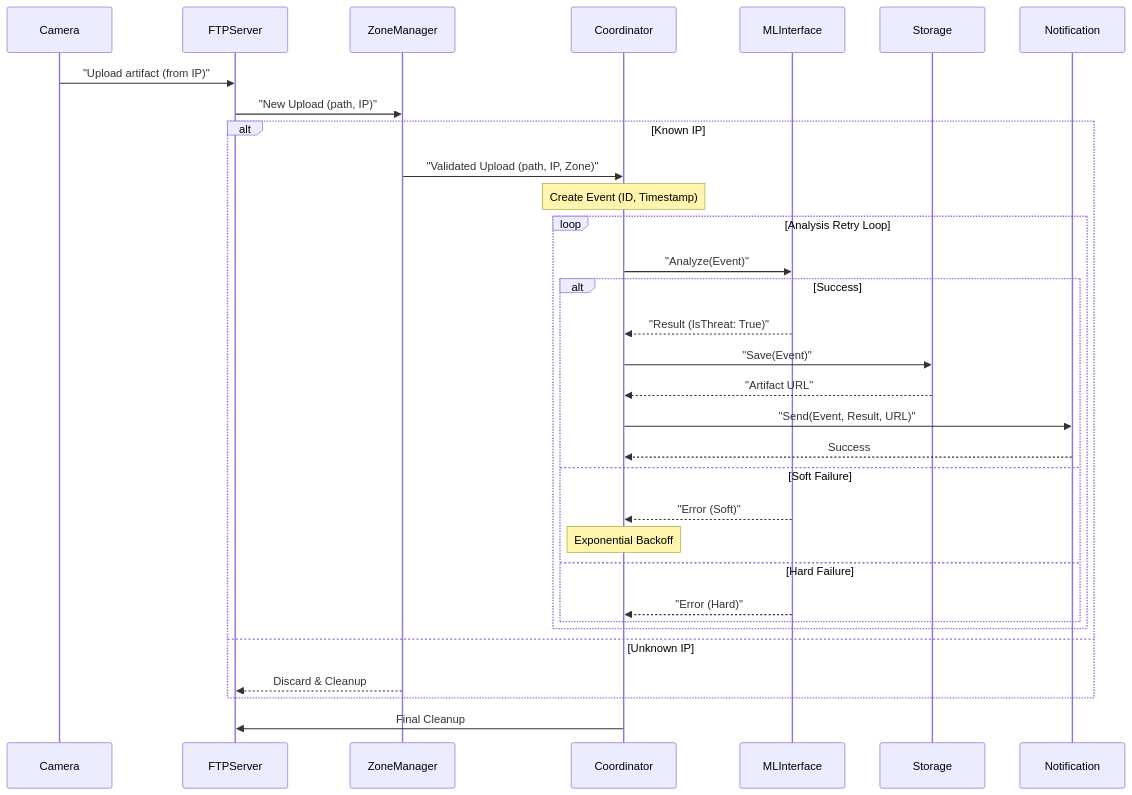
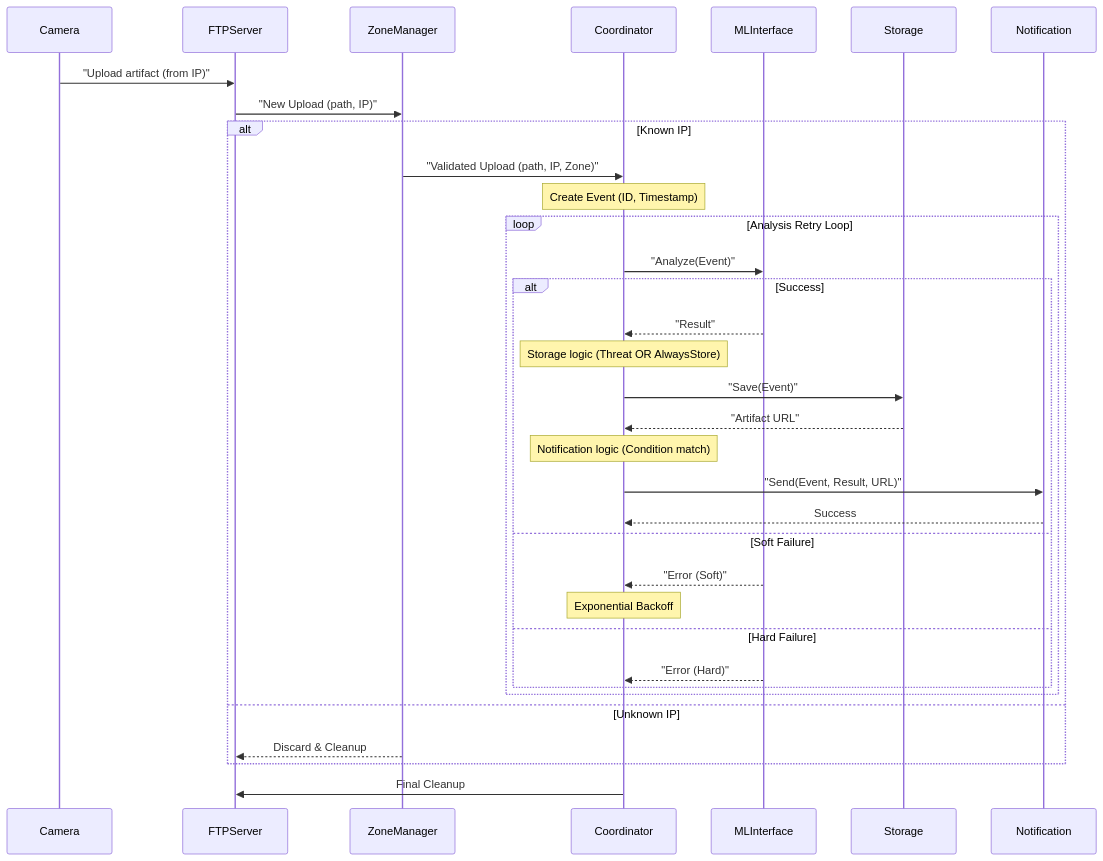
The second of 2 diagrams in docs/DESIGN.md (digitalentity/red-queen), drawn with Mermaid before and after one commit. The commit also changed other lines of this file and 16 other files, not shown here.

First line of the commit message:
Coordinator: add always_store and configurable notification conditions

````diff
--- a/docs/DESIGN.md
+++ b/docs/DESIGN.md
@@ -123,39 +125,41 @@
 ```mermaid
 sequenceDiagram
     participant Camera
     participant FTPServer
     participant ZoneManager
     participant Coordinator
     participant MLInterface
     participant Storage
     participant Notification
 
     Camera->>FTPServer: "Upload artifact (from IP)"
     FTPServer->>ZoneManager: "New Upload (path, IP)"
     
     alt Known IP
         ZoneManager->>Coordinator: "Validated Upload (path, IP, Zone)"
         Note over Coordinator: Create Event (ID, Timestamp)
         loop Analysis Retry Loop
             Coordinator->>MLInterface: "Analyze(Event)"
             alt Success
-                MLInterface-->>Coordinator: "Result (IsThreat: True)"
+                MLInterface-->>Coordinator: "Result"
                 
+                Note over Coordinator: Storage logic (Threat OR AlwaysStore)
                 Coordinator->>Storage: "Save(Event)"
                 Storage-->>Coordinator: "Artifact URL"
                 
+                Note over Coordinator: Notification logic (Condition match)
                 Coordinator->>Notification: "Send(Event, Result, URL)"
                 Notification-->>Coordinator: Success
             else Soft Failure
                 MLInterface-->>Coordinator: "Error (Soft)"
                 Note over Coordinator: Exponential Backoff
             else Hard Failure
                 MLInterface-->>Coordinator: "Error (Hard)"
             end
         end
     else Unknown IP
         ZoneManager-->>FTPServer: Discard & Cleanup
     end
     
     Coordinator->>FTPServer: Final Cleanup
 ```
````
